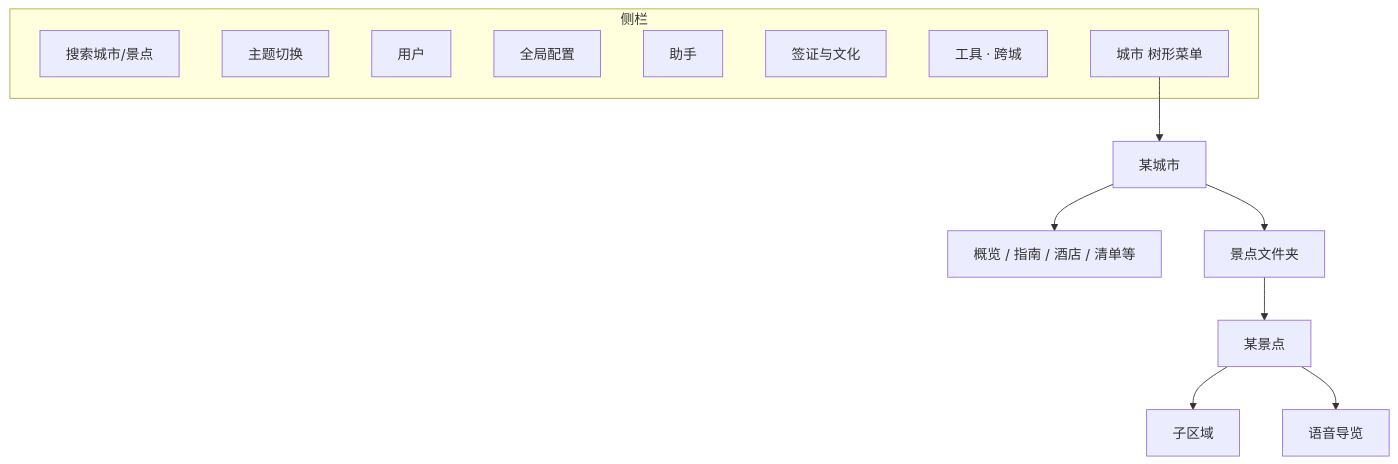
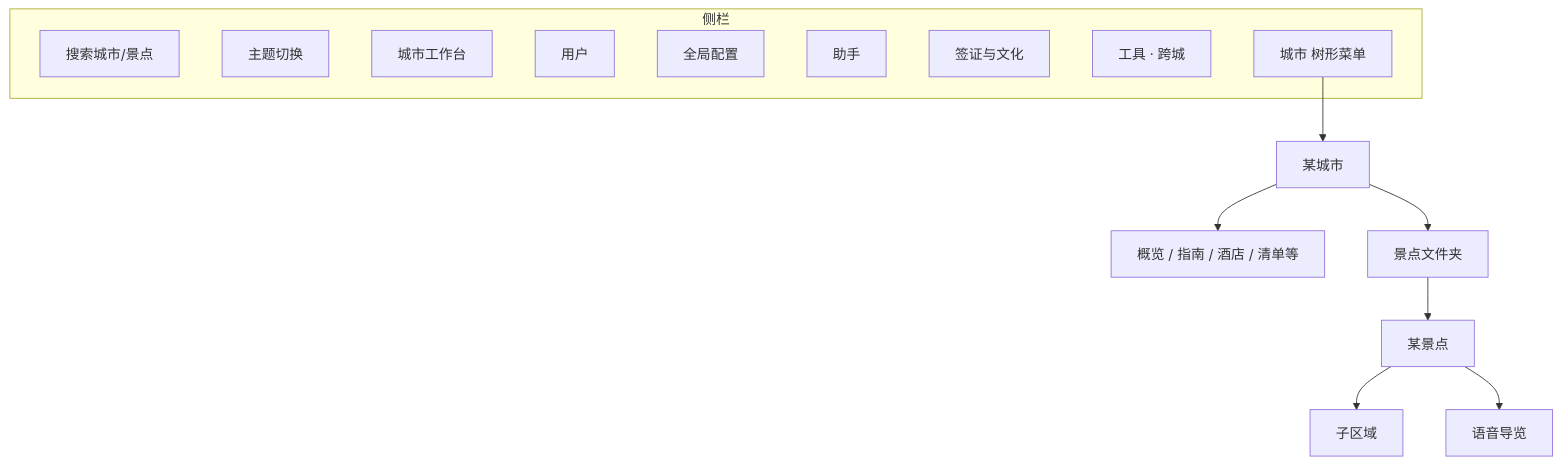
One commit to cstudiomunger-art/yolo changed the first of 3 diagrams in admin/OPERATIONS_MANUAL.md. Above: the diagram before and after it, drawn with Mermaid. The commit also changed other lines of this file and 4 other files, not shown here.

````diff
--- a/admin/OPERATIONS_MANUAL.md
+++ b/admin/OPERATIONS_MANUAL.md
@@ -38,19 +38,20 @@
 ```mermaid
 flowchart TB
   subgraph sidebar [侧栏]
     Search[搜索城市/景点]
     Theme[主题切换]
+    Hub[城市工作台]
     Users[用户]
     Global[全局配置]
     Assistant[助手]
     Visa[签证与文化]
     Tools[工具 · 跨城]
     Cities[城市 树形菜单]
   end
   Cities --> CityNode[某城市]
   CityNode --> Panels[概览 / 指南 / 酒店 / 清单等]
   CityNode --> AttrFolder[景点文件夹]
   AttrFolder --> AttrNode[某景点]
   AttrNode --> Sub[子区域]
   AttrNode --> Audio[语音导览]
 ```
````
